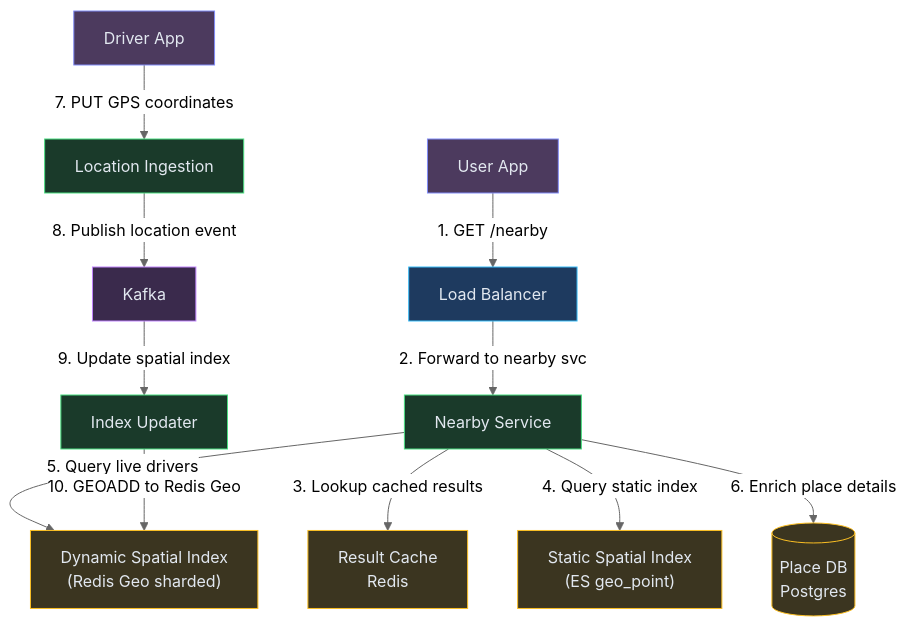
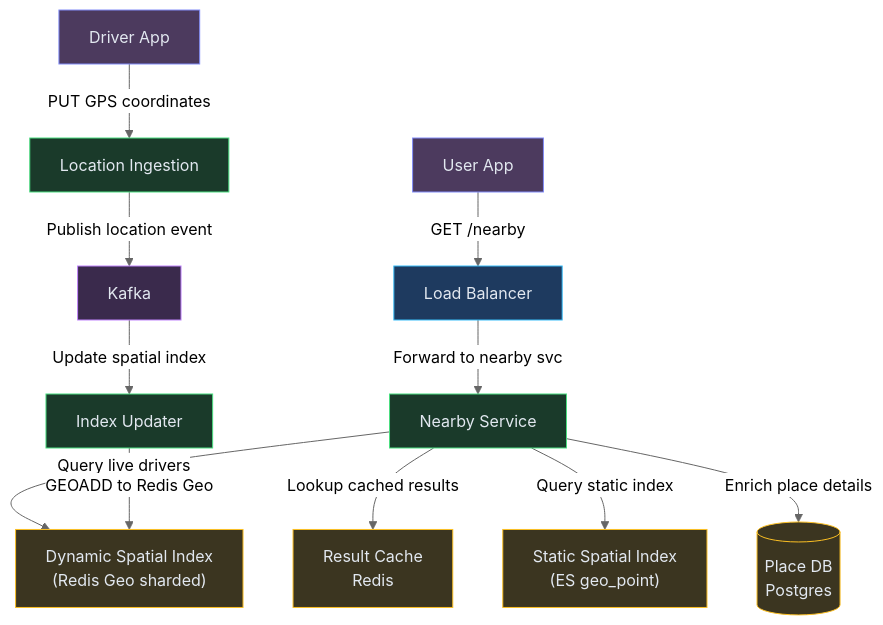
The sixth of 6 diagrams in content/hld/NearbyService.md (iluzn/HLD-Designs), drawn with Mermaid (neutral theme) before and after one commit. The commit also changed 26 other files, not shown here.

First line of the commit message:
fix(hld): Remove confusing number prefixes from final architecture diagrams

````diff
--- a/content/hld/NearbyService.md
+++ b/content/hld/NearbyService.md
@@ -343,31 +343,31 @@
 ```mermaid
 flowchart TD
     USER["User App"]:::client
     DRIVER["Driver App"]:::client
     LB["Load Balancer"]:::edge
     NEARBY["Nearby Service"]:::service
     LOCAPI["Location Ingestion"]:::service
     KAFKA["Kafka"]:::async
     UPDATER["Index Updater"]:::service
     STATIC["Static Spatial Index<br/>(ES geo_point)"]:::data
     DYNAMIC["Dynamic Spatial Index<br/>(Redis Geo sharded)"]:::data
     PLACEDB[("Place DB<br/>Postgres")]:::data
     CACHE["Result Cache<br/>Redis"]:::data
 
-    USER -->|"1. GET /nearby"| LB
-    LB -->|"2. Forward to nearby svc"| NEARBY
-    NEARBY -->|"3. Lookup cached results"| CACHE
-    NEARBY -->|"4. Query static index"| STATIC
-    NEARBY -->|"5. Query live drivers"| DYNAMIC
-    NEARBY -->|"6. Enrich place details"| PLACEDB
-    DRIVER -->|"7. PUT GPS coordinates"| LOCAPI
-    LOCAPI -->|"8. Publish location event"| KAFKA
-    KAFKA -->|"9. Update spatial index"| UPDATER
-    UPDATER -->|"10. GEOADD to Redis Geo"| DYNAMIC
+    USER -->|"GET /nearby"| LB
+    LB -->|"Forward to nearby svc"| NEARBY
+    NEARBY -->|"Lookup cached results"| CACHE
+    NEARBY -->|"Query static index"| STATIC
+    NEARBY -->|"Query live drivers"| DYNAMIC
+    NEARBY -->|"Enrich place details"| PLACEDB
+    DRIVER -->|"PUT GPS coordinates"| LOCAPI
+    LOCAPI -->|"Publish location event"| KAFKA
+    KAFKA -->|"Update spatial index"| UPDATER
+    UPDATER -->|"GEOADD to Redis Geo"| DYNAMIC
 
     classDef client fill:#4c3a5e,stroke:#818cf8,color:#e2e8f0
     classDef edge fill:#1e3a5f,stroke:#38bdf8,color:#e2e8f0
     classDef service fill:#1a3a2a,stroke:#4ade80,color:#e2e8f0
     classDef data fill:#3b3520,stroke:#fbbf24,color:#e2e8f0
     classDef async fill:#3a2a4c,stroke:#c084fc,color:#e2e8f0
 ```
````
